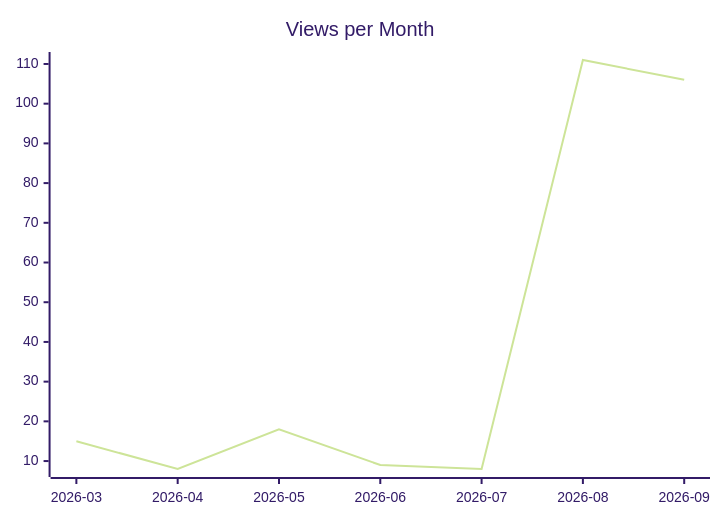
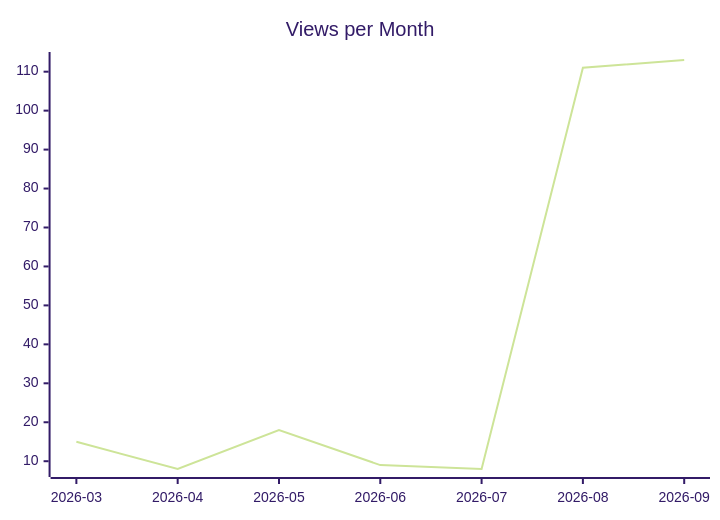
The second of 3 diagrams in karlmdavis/xmlpull/README.md (justdavis-family/github-analytics-data), drawn with Mermaid (forest theme) before and after one commit. The commit also changed other lines of this file and 202 other files, not shown here.

````diff
--- a/karlmdavis/xmlpull/README.md
+++ b/karlmdavis/xmlpull/README.md
@@ -12,6 +12,6 @@
 ```mermaid
 xychart-beta
   title "Views per Month"
   x-axis ["2026-03", "2026-04", "2026-05", "2026-06", "2026-07", "2026-08", "2026-09"]
-  line [15, 8, 18, 9, 8, 111, 106]
+  line [15, 8, 18, 9, 8, 111, 113]
 ```
````
